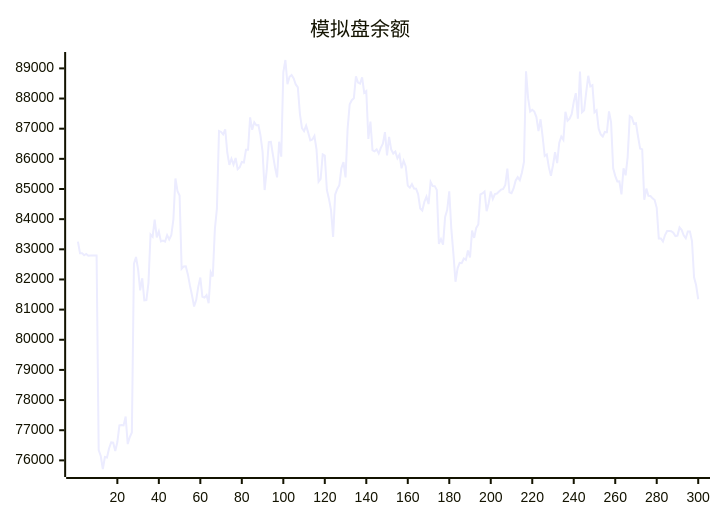
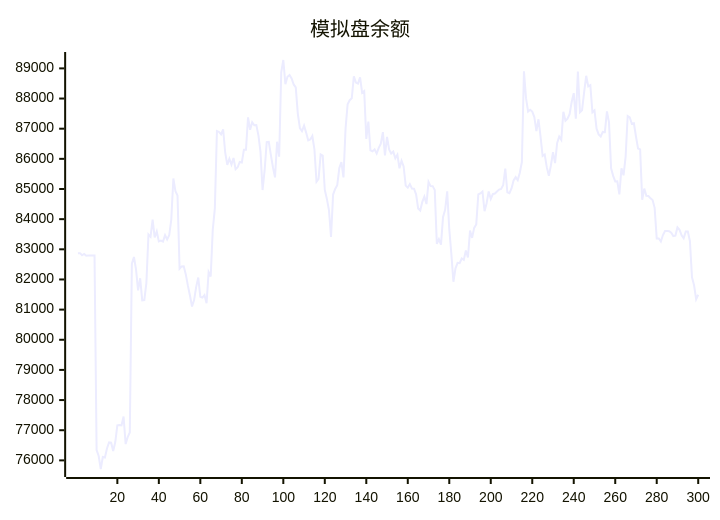
Before and after one commit to aahl/ai-trading: the diagram in README.md, drawn with Mermaid. The commit also changed other lines of this file and 1 other file, not shown here.

````diff
--- a/README.md
+++ b/README.md
@@ -5,5 +5,5 @@
 ```mermaid
 xychart
     title "模拟盘余额"
-    line [83256,82872,82873,82801,82844,82785,82791,82791,82793,82794,76339,76145,75714,76110,76096,76397,76594,76585,76310,76607,77160,77170,77160,77456,76541,76774,76927,82520,82744,82337,81639,82040,81307,81314,81887,83490,83414,83984,83396,83594,83261,83287,83253,83470,83327,83465,83987,85348,84930,84786,82355,82433,82438,82167,81795,81466,81105,81315,81756,82064,81426,81398,81481,81210,82242,82099,83658,84359,86925,86892,86814,86980,86203,85802,86003,85811,86028,85657,85721,85896,85880,86300,86299,87378,86965,87214,87115,87118,86780,86238,84966,85623,86555,86562,86129,85722,85387,86569,86070,88870,89278,88477,88720,88781,88668,88467,88372,87493,87018,86917,87102,86870,86613,86644,86758,86317,85242,85334,86149,86106,84968,84671,84302,83410,84816,85001,85127,85693,85891,85384,87001,87811,87945,88007,88734,88528,88495,88705,88189,88248,86662,87234,86279,86251,86314,86177,86364,86503,86886,86114,86731,86310,86176,86240,86017,86136,85685,85938,85749,85111,85044,85164,85016,85008,84824,84354,84287,84572,84745,84500,85234,85096,85095,84970,83180,83338,83157,84070,84309,84922,83667,82850,81924,82369,82552,82539,82695,82648,82962,82728,83619,83378,83710,83825,84819,84854,84917,84265,84527,84919,84668,84834,84850,84916,84981,85004,85131,85674,84891,84864,85019,85284,85393,85294,85538,85894,88904,88012,87567,87625,87568,87386,86920,87313,86737,86094,86143,85725,85437,85787,86219,85859,86526,86740,86630,87563,87264,87335,87483,87886,88180,87335,88894,87544,87608,88207,88755,88401,88444,87543,87608,87000,86810,86740,86894,86884,87576,87209,85686,85435,85251,85255,84820,85689,85453,86066,87420,87373,87161,87178,86740,86341,86315,84643,85012,84772,84768,84690,84635,84376,83360,83357,83259,83474,83608,83606,83602,83548,83440,83454,83724,83644,83464,83365,83590,83592,83275,82072,81806,81344]
+    line [82872,82873,82801,82844,82785,82791,82791,82793,82794,76339,76145,75714,76110,76096,76397,76594,76585,76310,76607,77160,77170,77160,77456,76541,76774,76927,82520,82744,82337,81639,82040,81307,81314,81887,83490,83414,83984,83396,83594,83261,83287,83253,83470,83327,83465,83987,85348,84930,84786,82355,82433,82438,82167,81795,81466,81105,81315,81756,82064,81426,81398,81481,81210,82242,82099,83658,84359,86925,86892,86814,86980,86203,85802,86003,85811,86028,85657,85721,85896,85880,86300,86299,87378,86965,87214,87115,87118,86780,86238,84966,85623,86555,86562,86129,85722,85387,86569,86070,88870,89278,88477,88720,88781,88668,88467,88372,87493,87018,86917,87102,86870,86613,86644,86758,86317,85242,85334,86149,86106,84968,84671,84302,83410,84816,85001,85127,85693,85891,85384,87001,87811,87945,88007,88734,88528,88495,88705,88189,88248,86662,87234,86279,86251,86314,86177,86364,86503,86886,86114,86731,86310,86176,86240,86017,86136,85685,85938,85749,85111,85044,85164,85016,85008,84824,84354,84287,84572,84745,84500,85234,85096,85095,84970,83180,83338,83157,84070,84309,84922,83667,82850,81924,82369,82552,82539,82695,82648,82962,82728,83619,83378,83710,83825,84819,84854,84917,84265,84527,84919,84668,84834,84850,84916,84981,85004,85131,85674,84891,84864,85019,85284,85393,85294,85538,85894,88904,88012,87567,87625,87568,87386,86920,87313,86737,86094,86143,85725,85437,85787,86219,85859,86526,86740,86630,87563,87264,87335,87483,87886,88180,87335,88894,87544,87608,88207,88755,88401,88444,87543,87608,87000,86810,86740,86894,86884,87576,87209,85686,85435,85251,85255,84820,85689,85453,86066,87420,87373,87161,87178,86740,86341,86315,84643,85012,84772,84768,84690,84635,84376,83360,83357,83259,83474,83608,83606,83602,83548,83440,83454,83724,83644,83464,83365,83590,83592,83275,82072,81806,81344,81492]
 ```
````
